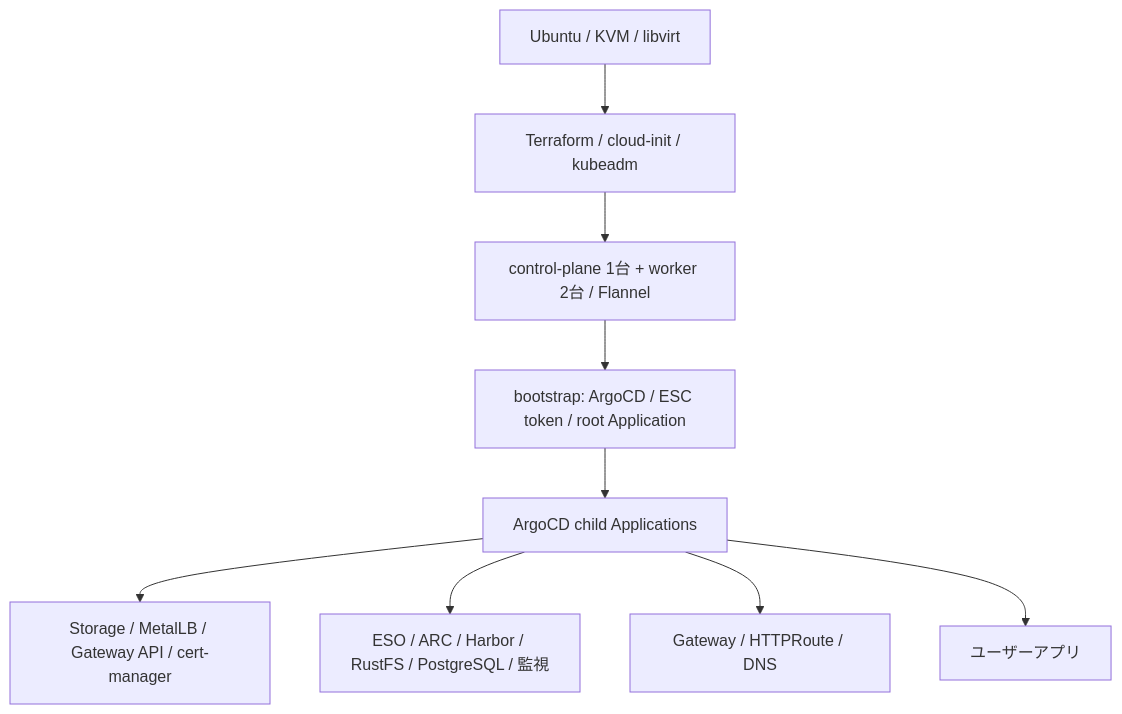
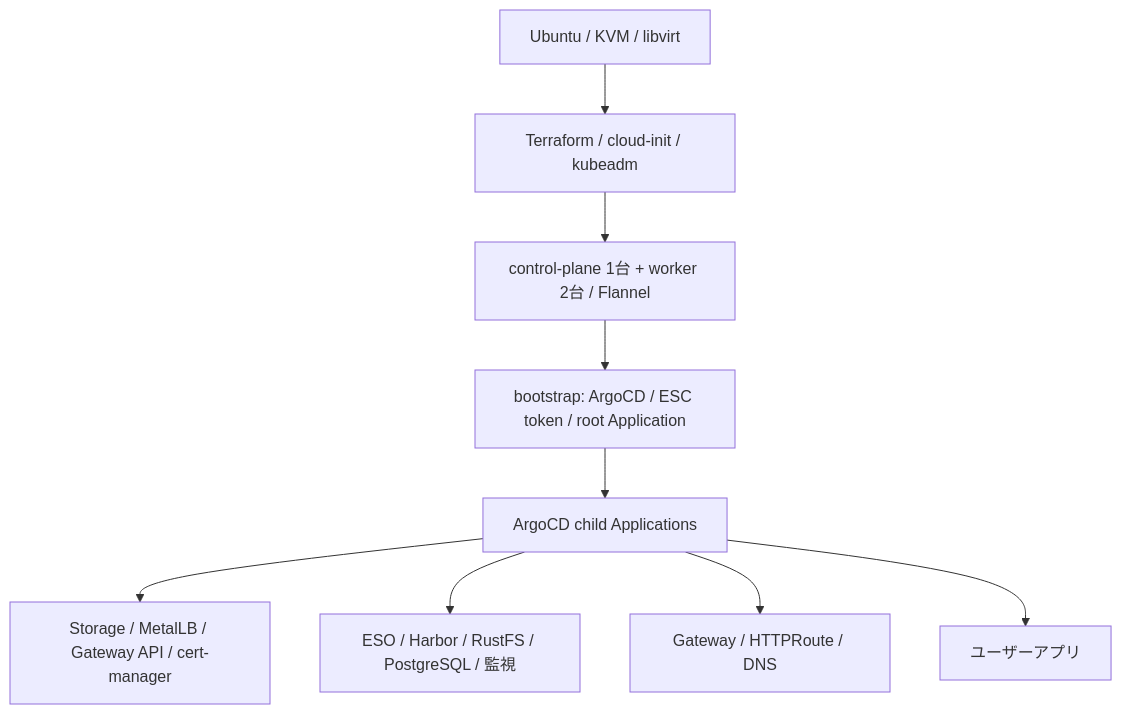
One commit to home-lab-ksera/home-lab-k8s changed the diagram in docs/architecture.md. Above: the diagram before and after it, drawn with Mermaid. The commit also changed other lines of this file and 61 other files, not shown here.

````diff
--- a/docs/architecture.md
+++ b/docs/architecture.md
@@ -6,11 +6,11 @@
 ```mermaid
 flowchart TD
   Host[Ubuntu / KVM / libvirt] --> TF[Terraform / cloud-init / kubeadm]
   TF --> K8s[control-plane 1台 + worker 2台 / Flannel]
   K8s --> Boot[bootstrap: ArgoCD / ESC token / root Application]
   Boot --> Argo[ArgoCD child Applications]
   Argo --> Infra[Storage / MetalLB / Gateway API / cert-manager]
-  Argo --> Platform[ESO / ARC / Harbor / RustFS / PostgreSQL / 監視]
+  Argo --> Platform[ESO / Harbor / RustFS / PostgreSQL / 監視]
   Argo --> Access[Gateway / HTTPRoute / DNS]
   Argo --> Apps[ユーザーアプリ]
 ```
````
